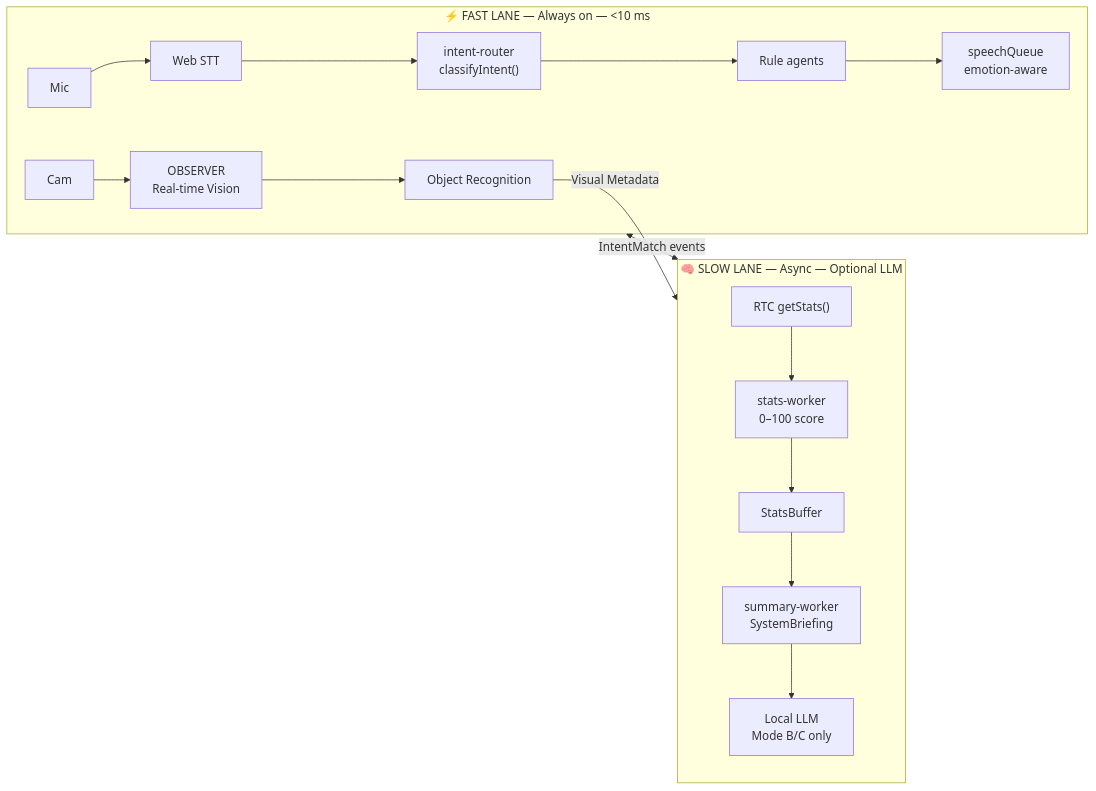
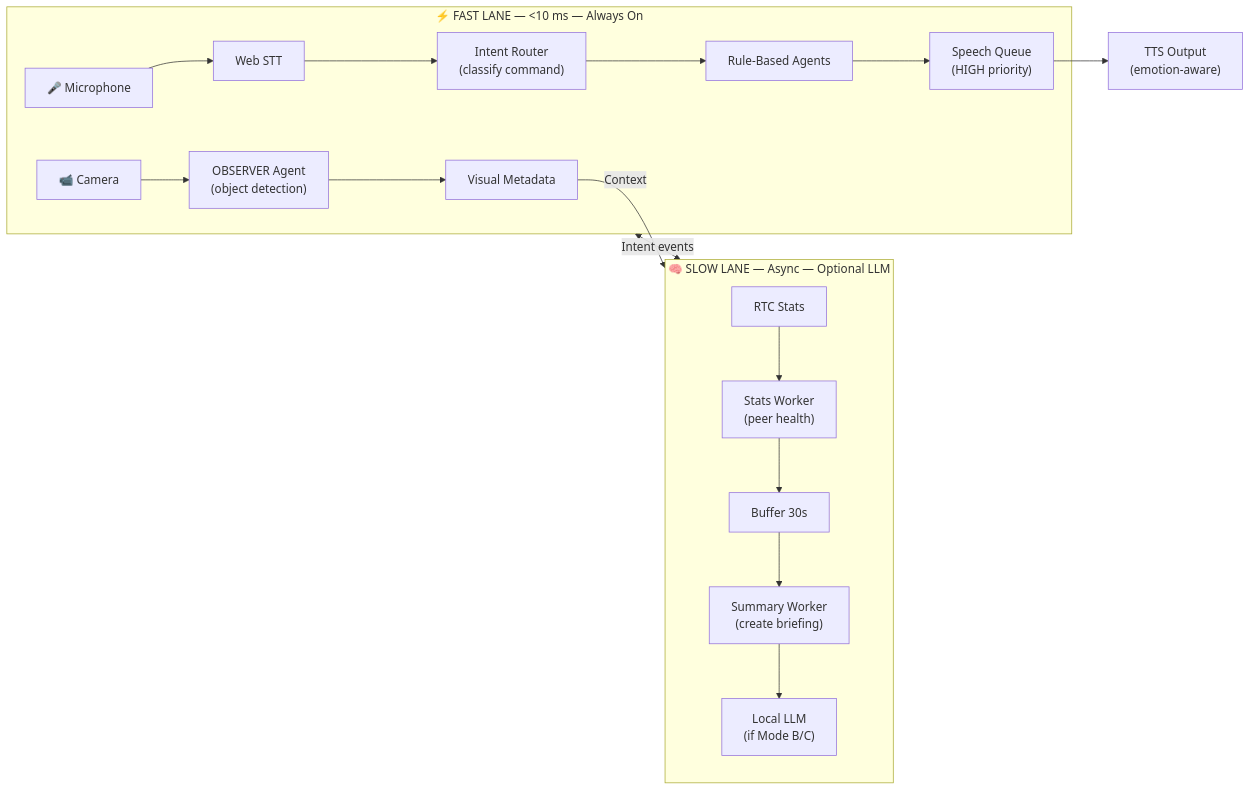
One commit to 4citeB4U/LeeWay-Edge-RTC changed the second of 4 diagrams in README.md. Above: the diagram before and after it, drawn with Mermaid. The commit also changed other lines of this file, not shown here.

Commit message:
Restructure README: app-focused with diagrams, SDK introduced in getting-started

````diff
--- a/README.md
+++ b/README.md
@@ -269,14 +79,15 @@
 ```mermaid
 flowchart LR
-  subgraph FAST["⚡ FAST LANE — Always on — <10 ms"]
-    MIC["Mic"] --> STT["Web STT"] --> IR2["intent-router\nclassifyIntent()"] --> RULES["Rule agents"] --> TTS2["speechQueue\nemotion-aware"]
-    CAM["Cam"] --> OBS["OBSERVER\nReal-time Vision"] --> VISION["Object Recognition"]
+  subgraph FAST["⚡ FAST LANE — <10 ms — Always On"]
+    MIC["🎤 Microphone"] --> STT["Web STT"] --> IR["Intent Router\n(classify command)"] --> RULE["Rule-Based Agents"] --> QUEUE["Speech Queue\n(HIGH priority)"]
+    CAM["📹 Camera"] --> OBS["OBSERVER Agent\n(object detection)"] --> META["Visual Metadata"]
   end
 
   subgraph SLOW["🧠 SLOW LANE — Async — Optional LLM"]
-    STATS["RTC getStats()"] --> SCORER["stats-worker\n0–100 score"] --> BUF["StatsBuffer"] --> BRIEF["summary-worker\nSystemBriefing"] --> LLM2["Local LLM\nMode B/C only"]
+    STATS["RTC Stats"] --> SCORE["Stats Worker\n(peer health)"] --> BUF["Buffer 30s"] --> BRIEF["Summary Worker\n(create briefing)"] --> LLM["Local LLM\n(if Mode B/C)"]
   end
 
-  FAST <-->|"IntentMatch events"| SLOW
-  VISION -->|"Visual Metadata"| SLOW
+  FAST <-->|"Intent events"| SLOW
+  META -->|"Context"| SLOW
+  QUEUE --> TTS["TTS Output\n(emotion-aware)"]
 ```
````
